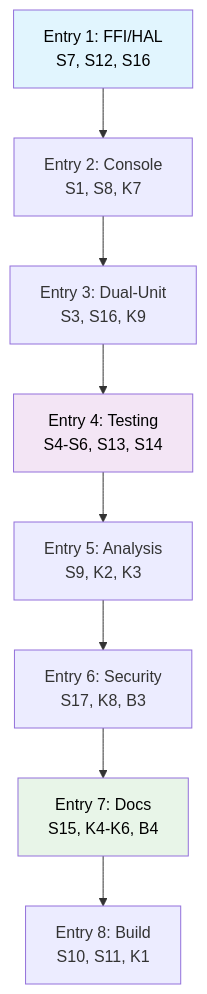
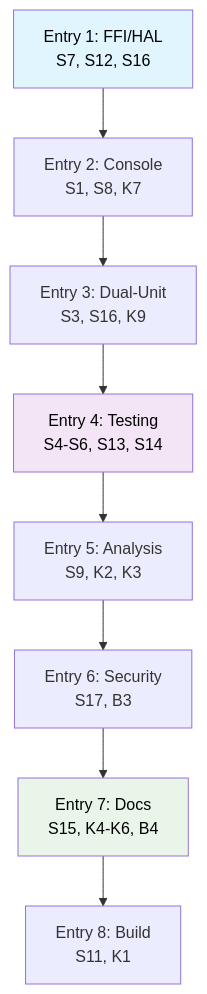
Before and after one commit to Interlaken0/temperature-plotter: the diagram in evidence/REFLECTIVE-JOURNAL.md, drawn with Mermaid. The commit also changed other lines of this file and 6 other files, not shown here.

````diff
--- a/evidence/REFLECTIVE-JOURNAL.md
+++ b/evidence/REFLECTIVE-JOURNAL.md
@@ -285,14 +287,14 @@
 ```mermaid
 graph TB
     A[Entry 1: FFI/HAL<br/>S7, S12, S16] --> B[Entry 2: Console<br/>S1, S8, K7]
     B --> C[Entry 3: Dual-Unit<br/>S3, S16, K9]
     C --> D[Entry 4: Testing<br/>S4-S6, S13, S14]
     D --> E[Entry 5: Analysis<br/>S9, K2, K3]
-    E --> F[Entry 6: Security<br/>S17, K8, B3]
+    E --> F[Entry 6: Security<br/>S17, B3]
     F --> G[Entry 7: Docs<br/>S15, K4-K6, B4]
-    G --> H[Entry 8: Build<br/>S10, S11, K1]
+    G --> H[Entry 8: Build<br/>S11, K1]
     
     style A fill:#e1f5fe,color:#000000
     style D fill:#f3e5f5,color:#000000
     style G fill:#e8f5e8,color:#000000
 ```
````
